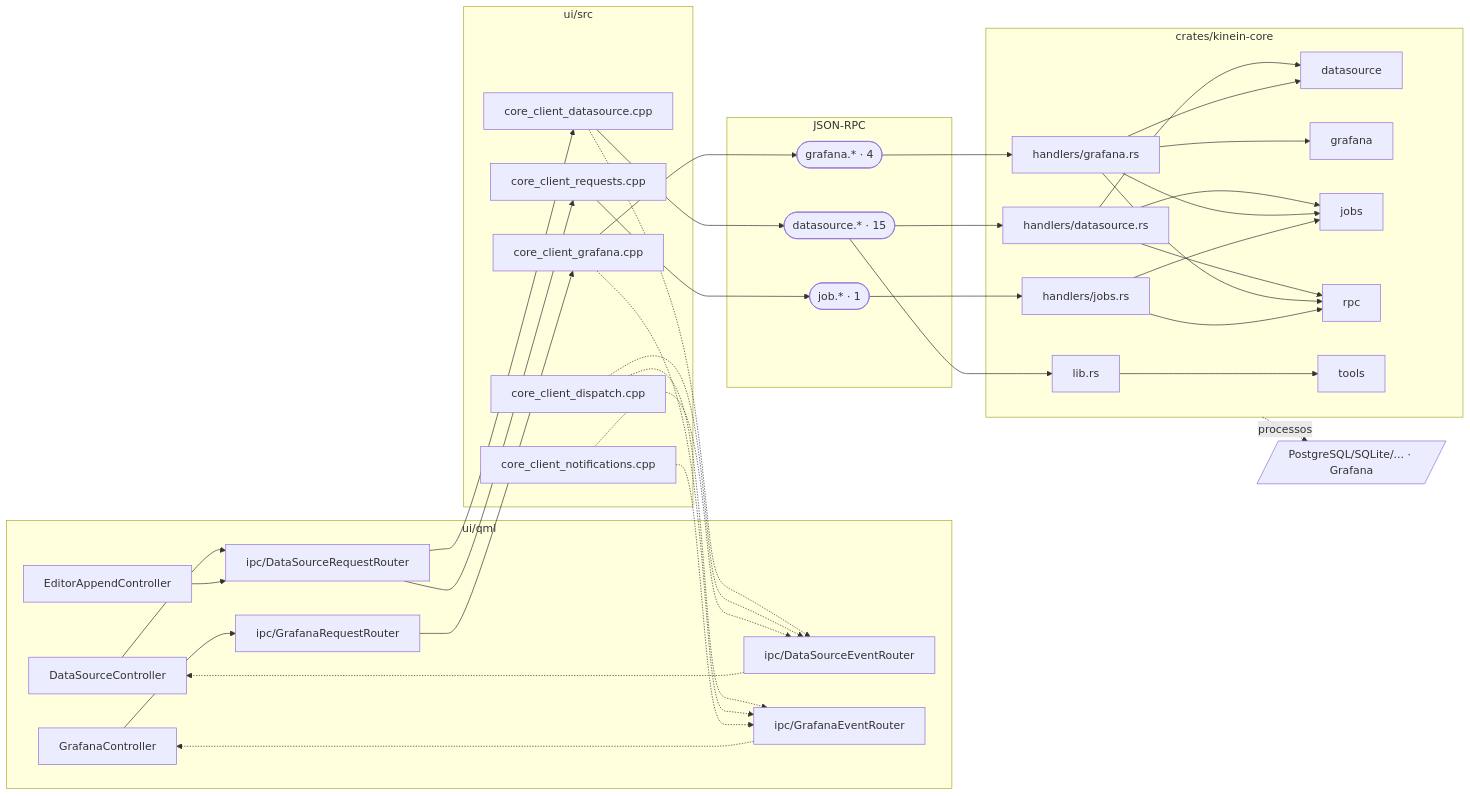
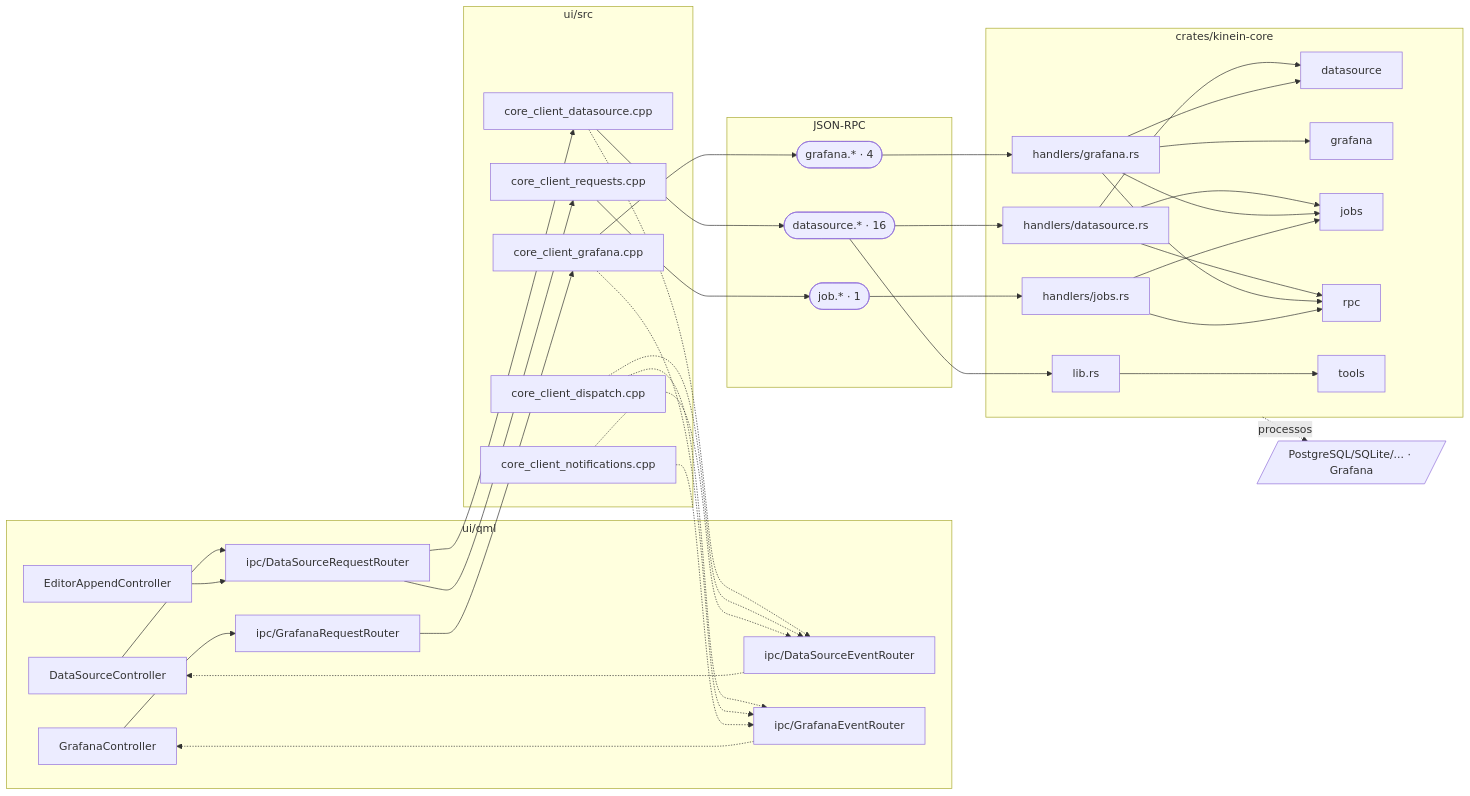
One commit to ViktorWalde/KineinVectis changed diagram 13 of 16 in DocsPublic/arquitetura/01-mapa-de-modulos.md. Above: the diagram before and after it, drawn with Mermaid. The commit also changed other lines of this file and 46 other files, not shown here.

````diff
--- a/DocsPublic/arquitetura/01-mapa-de-modulos.md
+++ b/DocsPublic/arquitetura/01-mapa-de-modulos.md
@@ -1112,68 +1112,68 @@
 ```mermaid
 flowchart LR
   subgraph QML["ui/qml"]
     n_ui_qml_datasource_DataSourceController_qml["DataSourceController"]
     n_ui_qml_editor_EditorAppendController_qml["EditorAppendController"]
     n_ui_qml_grafana_GrafanaController_qml["GrafanaController"]
     n_ui_qml_ipc_DataSourceRequestRouter_qml["ipc/DataSourceRequestRouter"]
     n_ui_qml_ipc_DataSourceEventRouter_qml["ipc/DataSourceEventRouter"]
     n_ui_qml_ipc_GrafanaRequestRouter_qml["ipc/GrafanaRequestRouter"]
     n_ui_qml_ipc_GrafanaEventRouter_qml["ipc/GrafanaEventRouter"]
   end
   subgraph CPP["ui/src"]
     n_ui_src_core_client_datasource_cpp["core_client_datasource.cpp"]
     n_ui_src_core_client_dispatch_cpp["core_client_dispatch.cpp"]
     n_ui_src_core_client_grafana_cpp["core_client_grafana.cpp"]
     n_ui_src_core_client_notifications_cpp["core_client_notifications.cpp"]
     n_ui_src_core_client_requests_cpp["core_client_requests.cpp"]
   end
   subgraph IPC["JSON-RPC"]
-    n_ipc_datasource(["datasource.* · 15"])
+    n_ipc_datasource(["datasource.* · 16"])
     n_ipc_grafana(["grafana.* · 4"])
     n_ipc_job(["job.* · 1"])
   end
   subgraph CORE["crates/kinein-core"]
     n_crates_kinein_core_src_handlers_datasource_rs["handlers/datasource.rs"]
     n_crates_kinein_core_src_handlers_grafana_rs["handlers/grafana.rs"]
     n_crates_kinein_core_src_handlers_jobs_rs["handlers/jobs.rs"]
     n_crates_kinein_core_src_lib_rs["lib.rs"]
     n_core_datasource[datasource]
     n_core_grafana[grafana]
     n_core_jobs[jobs]
     n_core_rpc[rpc]
     n_core_tools[tools]
   end
   n_tools_data[/"PostgreSQL/SQLite/... · Grafana"/]
   n_ui_qml_datasource_DataSourceController_qml --> n_ui_qml_ipc_DataSourceRequestRouter_qml
   n_ui_qml_editor_EditorAppendController_qml --> n_ui_qml_ipc_DataSourceRequestRouter_qml
   n_ui_qml_grafana_GrafanaController_qml --> n_ui_qml_ipc_GrafanaRequestRouter_qml
   n_ui_qml_ipc_DataSourceEventRouter_qml -.-> n_ui_qml_datasource_DataSourceController_qml
   n_ui_qml_ipc_DataSourceRequestRouter_qml --> n_ui_src_core_client_datasource_cpp
   n_ui_qml_ipc_DataSourceRequestRouter_qml --> n_ui_src_core_client_requests_cpp
   n_ui_qml_ipc_GrafanaEventRouter_qml -.-> n_ui_qml_grafana_GrafanaController_qml
   n_ui_qml_ipc_GrafanaRequestRouter_qml --> n_ui_src_core_client_grafana_cpp
   n_ui_src_core_client_datasource_cpp --> n_ipc_datasource
   n_ui_src_core_client_datasource_cpp -.-> n_ui_qml_ipc_DataSourceEventRouter_qml
   n_ui_src_core_client_dispatch_cpp -.-> n_ui_qml_ipc_DataSourceEventRouter_qml
   n_ui_src_core_client_dispatch_cpp -.-> n_ui_qml_ipc_GrafanaEventRouter_qml
   n_ui_src_core_client_grafana_cpp --> n_ipc_grafana
   n_ui_src_core_client_grafana_cpp -.-> n_ui_qml_ipc_GrafanaEventRouter_qml
   n_ui_src_core_client_notifications_cpp -.-> n_ui_qml_ipc_DataSourceEventRouter_qml
   n_ui_src_core_client_notifications_cpp -.-> n_ui_qml_ipc_GrafanaEventRouter_qml
   n_ui_src_core_client_requests_cpp --> n_ipc_job
   n_ipc_datasource --> n_crates_kinein_core_src_handlers_datasource_rs
   n_crates_kinein_core_src_handlers_datasource_rs --> n_core_datasource
   n_crates_kinein_core_src_handlers_datasource_rs --> n_core_jobs
   n_crates_kinein_core_src_handlers_datasource_rs --> n_core_rpc
   n_ipc_grafana --> n_crates_kinein_core_src_handlers_grafana_rs
   n_crates_kinein_core_src_handlers_grafana_rs --> n_core_datasource
   n_crates_kinein_core_src_handlers_grafana_rs --> n_core_grafana
   n_crates_kinein_core_src_handlers_grafana_rs --> n_core_jobs
   n_crates_kinein_core_src_handlers_grafana_rs --> n_core_rpc
   n_ipc_job --> n_crates_kinein_core_src_handlers_jobs_rs
   n_crates_kinein_core_src_handlers_jobs_rs --> n_core_jobs
   n_crates_kinein_core_src_handlers_jobs_rs --> n_core_rpc
   n_ipc_datasource --> n_crates_kinein_core_src_lib_rs
   n_crates_kinein_core_src_lib_rs --> n_core_tools
   CORE -.->|processos| n_tools_data
 ```
````
